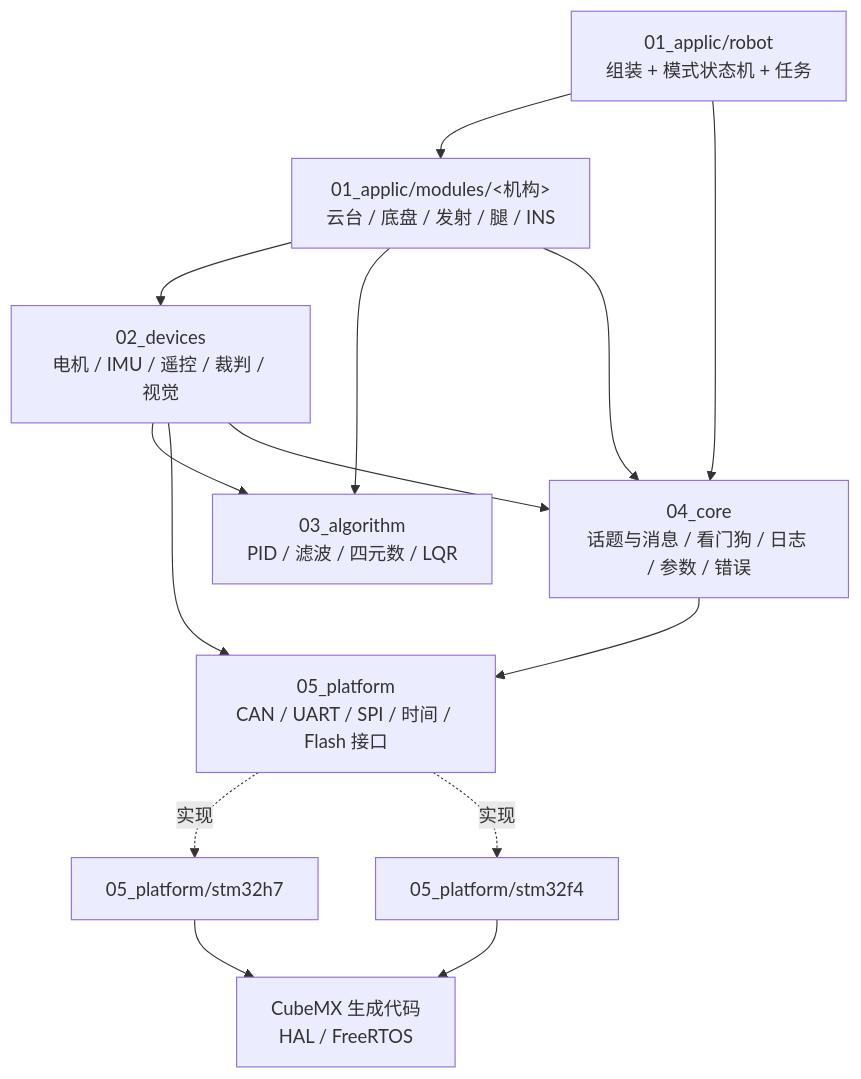
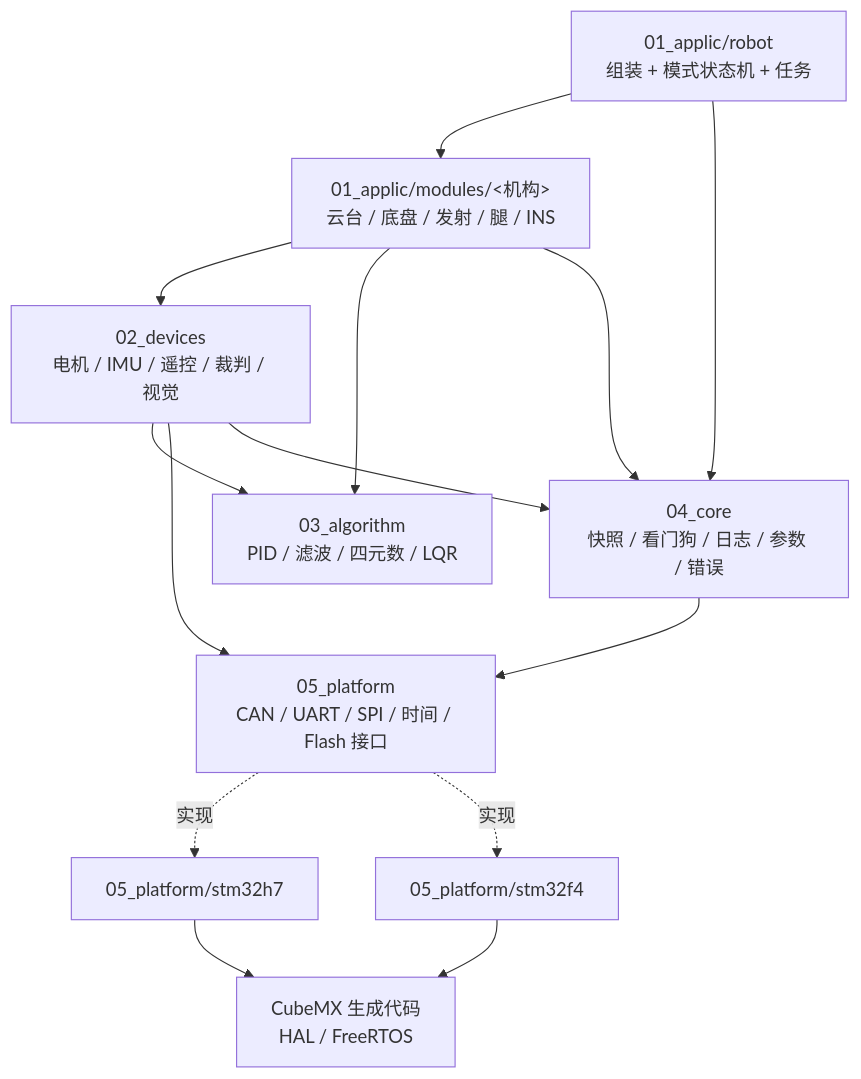
One commit to X0create/COD_RoboCore changed the first of 3 diagrams in docs/ARCHITECTURE.md. Above: the diagram before and after it, drawn with Mermaid. The commit also changed other lines of this file and 42 other files, not shown here.

````diff
--- a/docs/ARCHITECTURE.md
+++ b/docs/ARCHITECTURE.md
@@ -111,25 +111,25 @@
 ```mermaid
 flowchart TD
     APP["01_applic/robot<br/>组装 + 模式状态机 + 任务"]
     SUB["01_applic/modules/<机构><br/>云台 / 底盘 / 发射 / 腿 / INS"]
     DEV["02_devices<br/>电机 / IMU / 遥控 / 裁判 / 视觉"]
     ALG["03_algorithm<br/>PID / 滤波 / 四元数 / LQR"]
-    CORE["04_core<br/>话题与消息 / 看门狗 / 日志 / 参数 / 错误"]
+    CORE["04_core<br/>快照 / 看门狗 / 日志 / 参数 / 错误"]
     PLAT["05_platform<br/>CAN / UART / SPI / 时间 / Flash 接口"]
     H7["05_platform/stm32h7"]
     F4["05_platform/stm32f4"]
     GEN["CubeMX 生成代码<br/>HAL / FreeRTOS"]
     APP --> SUB
     APP --> CORE
     SUB --> DEV
     SUB --> ALG
     DEV --> ALG
     DEV --> PLAT
     SUB --> CORE
     DEV --> CORE
     CORE --> PLAT
     PLAT -.实现.-> H7
     PLAT -.实现.-> F4
     H7 --> GEN
     F4 --> GEN
 ```
````
